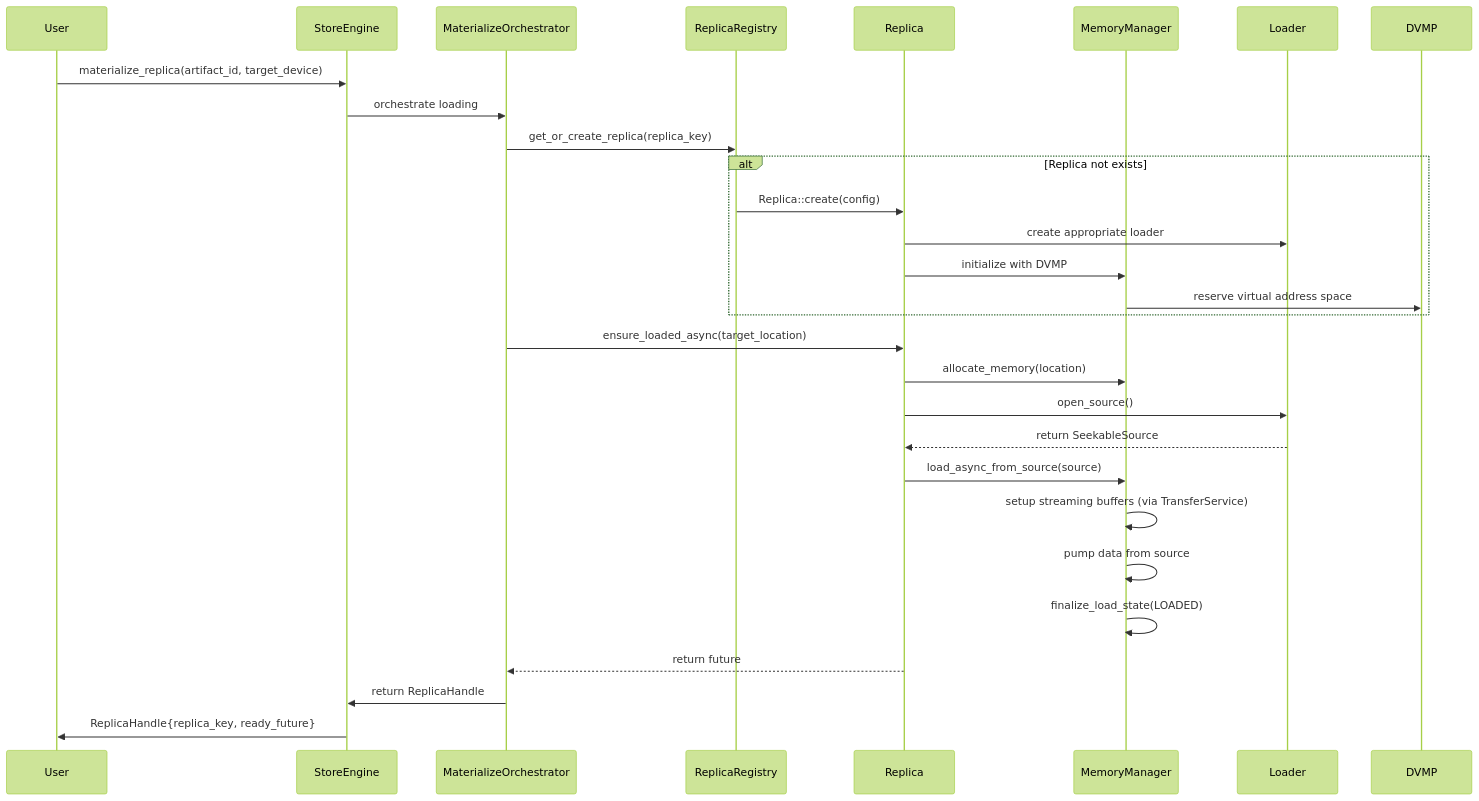
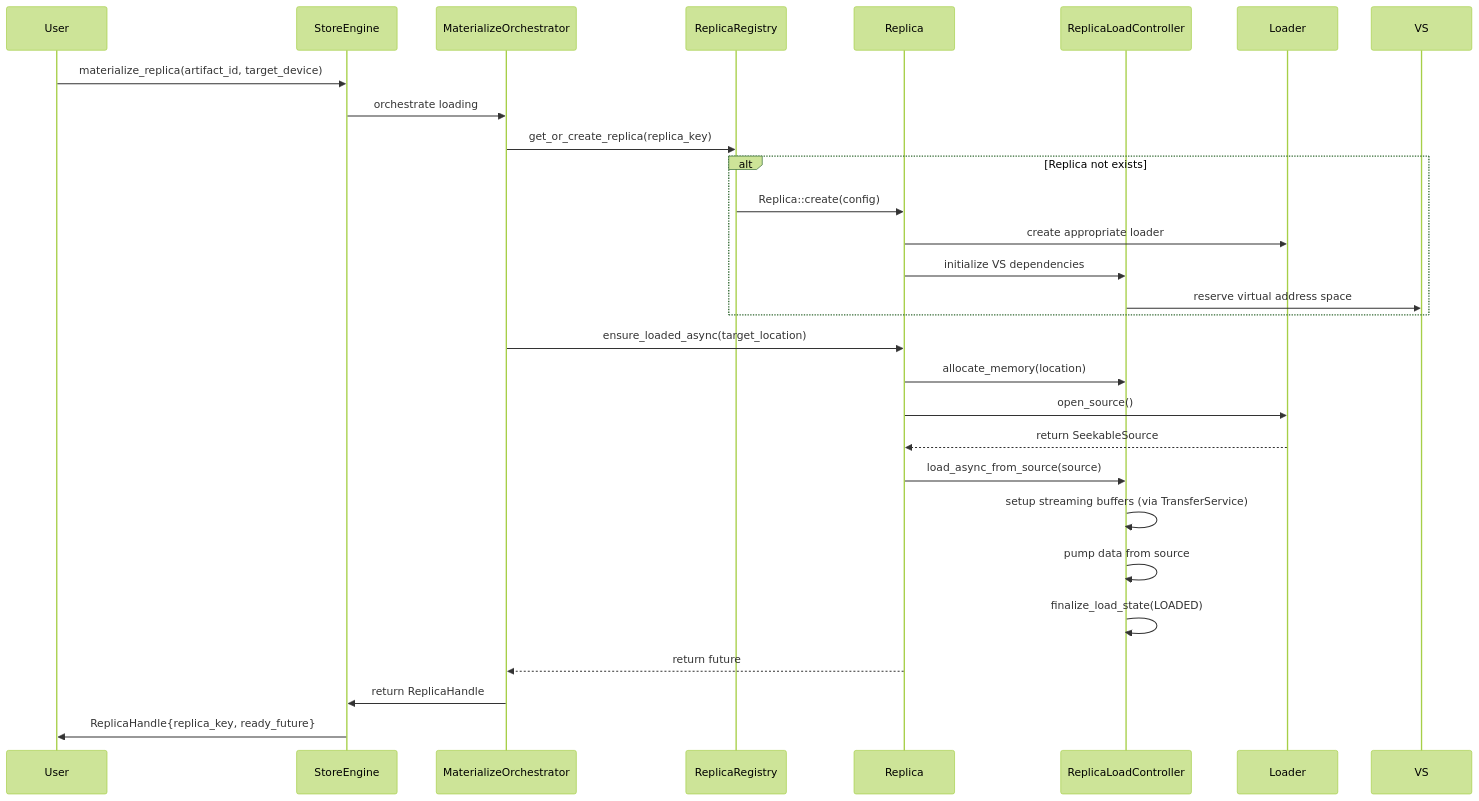
Diagram 11 of 13 in core/store/docs/architecture.md (tensorcast-ai/tensorcast), drawn with Mermaid (forest theme) before and after one commit. The commit also changed other lines of this file and 155 other files, not shown here.

````diff
--- a/core/store/docs/architecture.md
+++ b/core/store/docs/architecture.md
@@ -480,36 +476,36 @@
 ```mermaid
 sequenceDiagram
     participant User
     participant CS as StoreEngine
     participant PO as MaterializeOrchestrator
     participant MR as ReplicaRegistry
     participant M as Replica
-    participant MM as MemoryManager
+    participant MM as ReplicaLoadController
     participant L as Loader
-    participant DVMP
+    participant VS
 
     User->>CS: materialize_replica(artifact_id, target_device)
     CS->>PO: orchestrate loading
     PO->>MR: get_or_create_replica(replica_key)
 
     alt Replica not exists
         MR->>M: Replica::create(config)
         M->>L: create appropriate loader
-        M->>MM: initialize with DVMP
-        MM->>DVMP: reserve virtual address space
+        M->>MM: initialize VS dependencies
+        MM->>VS: reserve virtual address space
     end
 
     PO->>M: ensure_loaded_async(target_location)
     M->>MM: allocate_memory(location)
     M->>L: open_source()
     L-->>M: return SeekableSource
     M->>MM: load_async_from_source(source)
 
     MM->>MM: setup streaming buffers (via TransferService)
     MM->>MM: pump data from source
     MM->>MM: finalize_load_state(LOADED)
 
     M-->>PO: return future
     PO->>CS: return ReplicaHandle
     CS->>User: ReplicaHandle{replica_key, ready_future}
 ```
````
